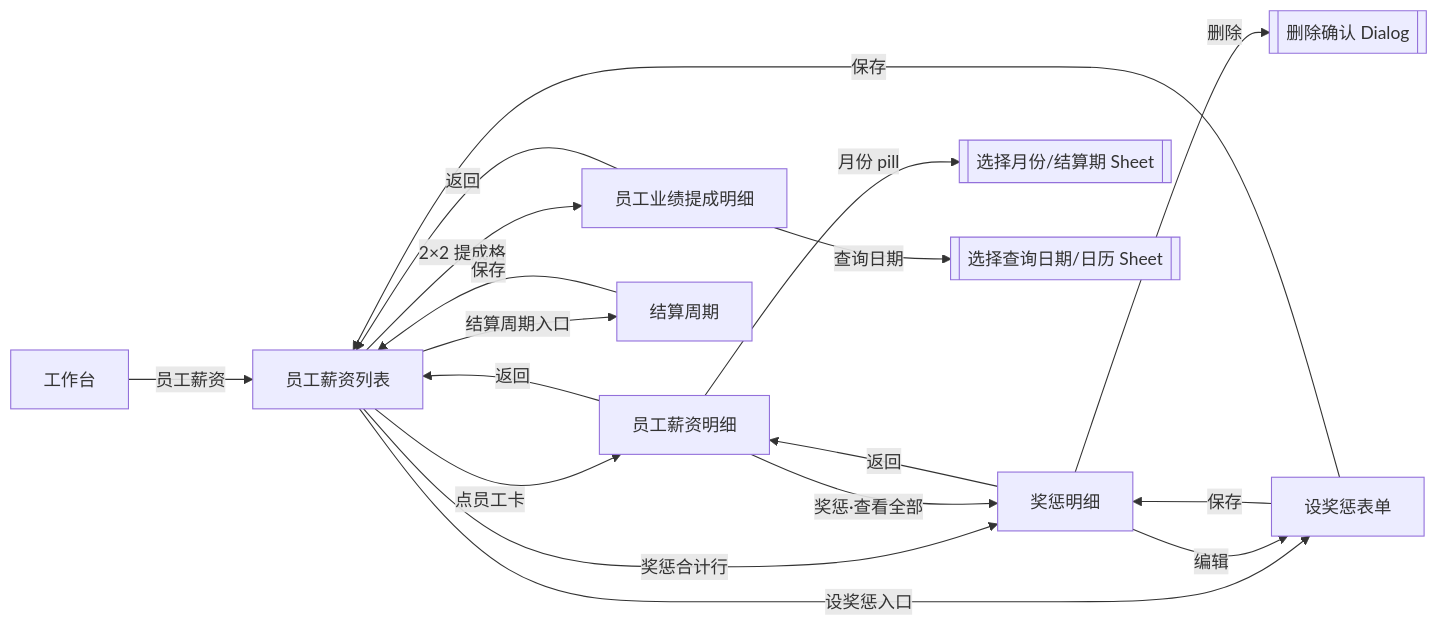
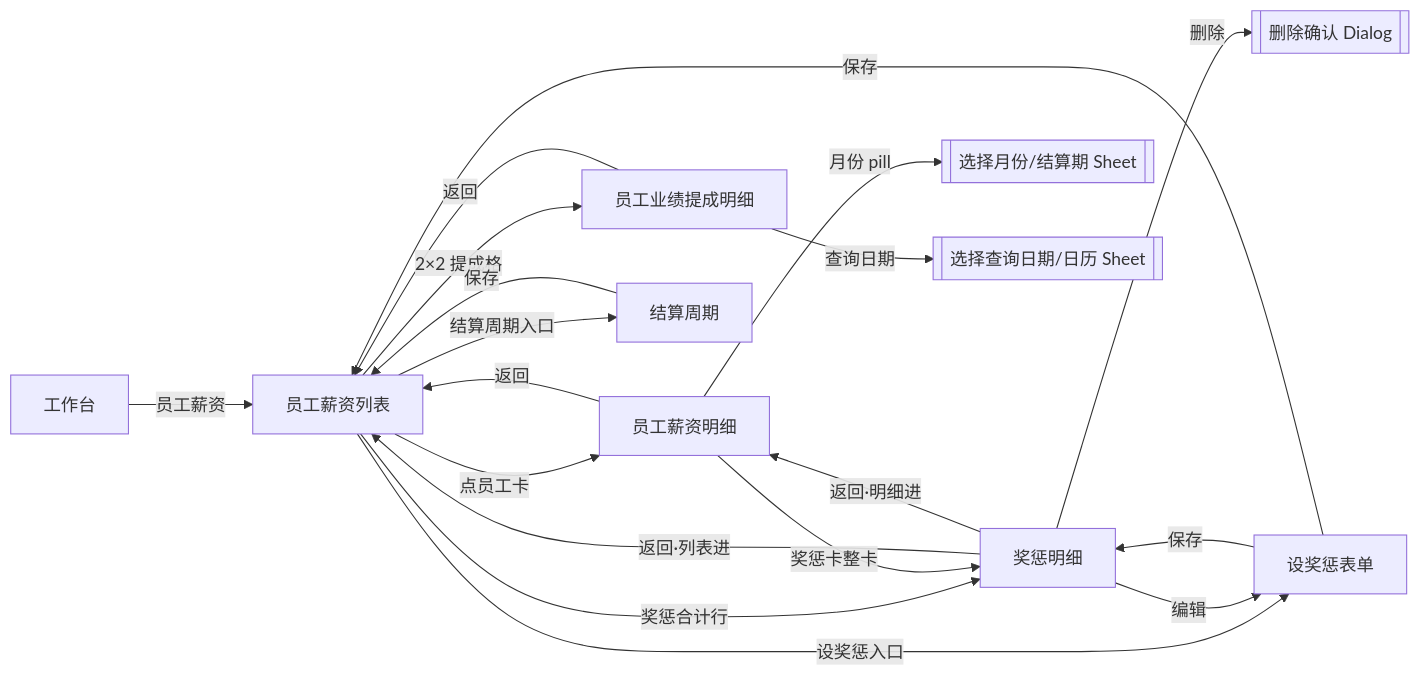
One commit to XDean-Designer/ticheng changed the third of 3 diagrams in PRD-提成设置.md. Above: the diagram before and after it, drawn with Mermaid. The commit also changed other lines of this file and 5 other files, not shown here.

````diff
--- a/PRD-提成设置.md
+++ b/PRD-提成设置.md
@@ -302,20 +303,21 @@
 ```mermaid
 flowchart LR
   W[工作台] -->|员工薪资| S[员工薪资列表]
   S -->|点员工卡| PD[员工薪资明细]
   S -->|2×2 提成格| CD[员工业绩提成明细]
   CD -->|返回| S
   S -->|奖惩合计行| RD[奖惩明细]
   S -->|结算周期入口| PC[结算周期]
   S -->|设奖惩入口| RW[设奖惩表单]
-  PD -->|奖惩·查看全部| RD
+  PD -->|奖惩卡整卡| RD
   RD -->|编辑| RW
   RW -->|保存| RD
   RW -->|保存| S
   PD -->|月份 pill| M[[选择月份/结算期 Sheet]]
   CD -->|查询日期| DT[[选择查询日期/日历 Sheet]]
   RD -->|删除| DK[[删除确认 Dialog]]
-  RD -->|返回| PD
+  RD -->|返回·列表进| S
+  RD -->|返回·明细进| PD
   PD -->|返回| S
   PC -->|保存| S
 ```
````
